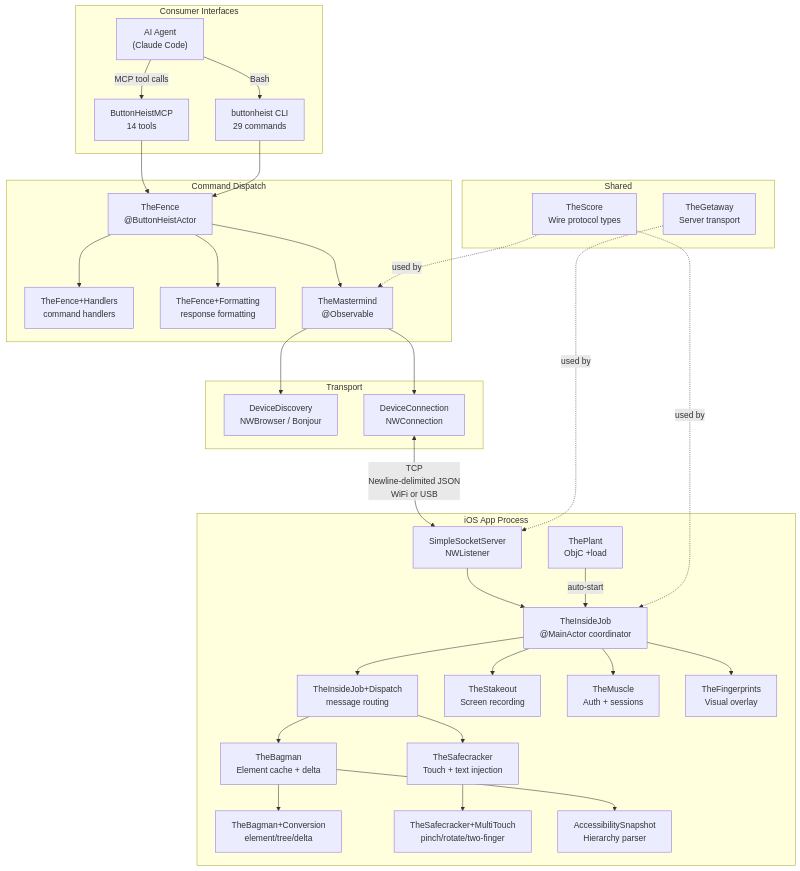
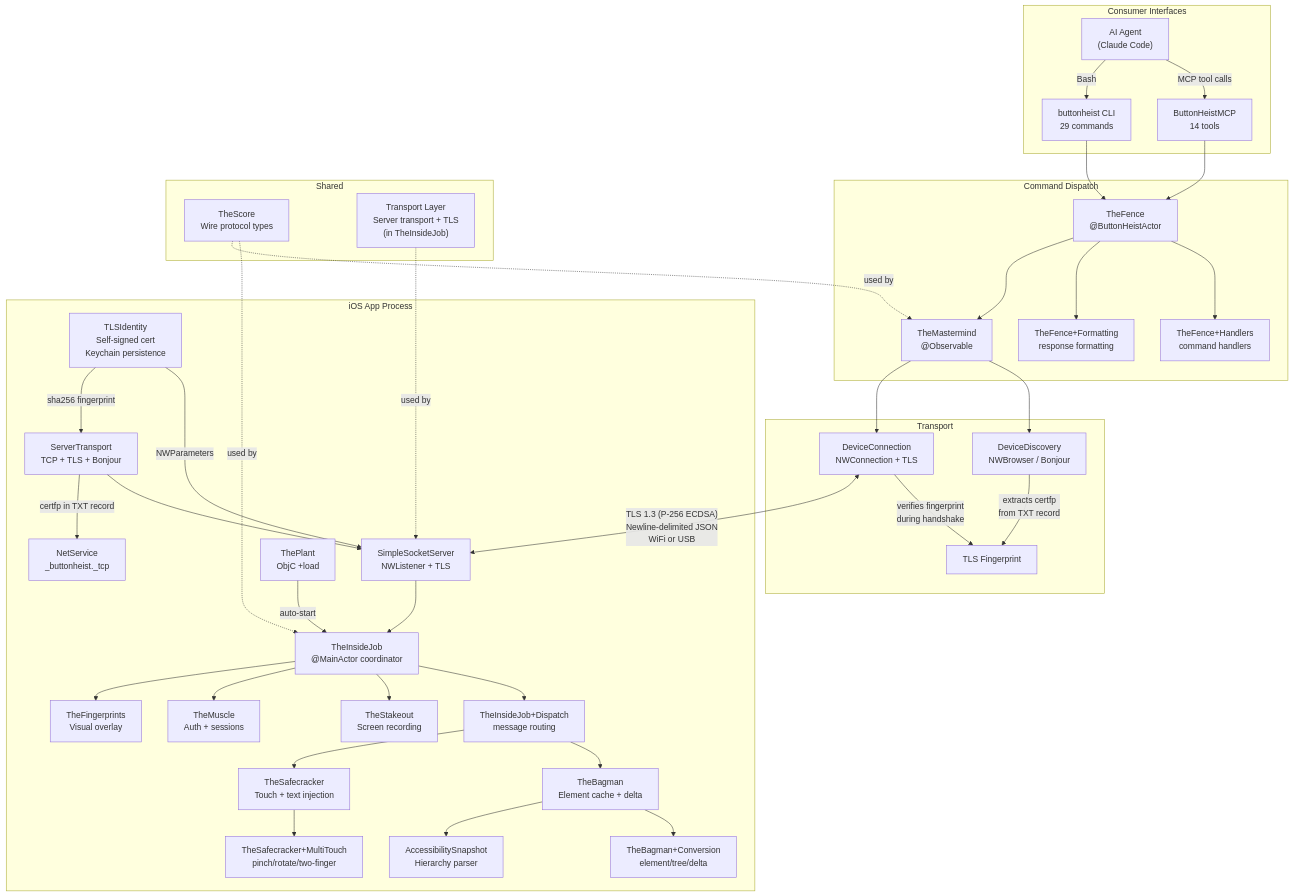
Before and after one commit to RoyalPineapple/TheButtonHeist: the diagram in .rp1/context/architecture.md, drawn with Mermaid. The commit also changed other lines of this file and 24 other files, not shown here.

````diff
--- a/.rp1/context/architecture.md
+++ b/.rp1/context/architecture.md
@@ -7,45 +7,51 @@
 ```mermaid
 graph TB
     subgraph consumers["Consumer Interfaces"]
         Agent["AI Agent<br/>(Claude Code)"] -->|MCP tool calls| MCP["ButtonHeistMCP<br/>14 tools"]
         Agent -->|Bash| CLI["buttonheist CLI<br/>29 commands"]
     end
 
     subgraph dispatch["Command Dispatch"]
         MCP --> TF["TheFence<br/>@ButtonHeistActor"]
         CLI --> TF
         TF --> TFH["TheFence+Handlers<br/>command handlers"]
         TF --> TFF["TheFence+Formatting<br/>response formatting"]
         TF --> TM["TheMastermind<br/>@Observable"]
     end
 
     subgraph transport["Transport"]
         TM --> DD["DeviceDiscovery<br/>NWBrowser / Bonjour"]
-        TM --> DC["DeviceConnection<br/>NWConnection"]
+        DD -->|extracts certfp<br/>from TXT record| FP["TLS Fingerprint"]
+        TM --> DC["DeviceConnection<br/>NWConnection + TLS"]
+        DC -->|verifies fingerprint<br/>during handshake| FP
     end
 
-    DC <-->|"TCP<br/>Newline-delimited JSON<br/>WiFi or USB"| SS
+    DC <-->|"TLS 1.3 (P-256 ECDSA)<br/>Newline-delimited JSON<br/>WiFi or USB"| SS
 
     subgraph ios["iOS App Process"]
-        SS["SimpleSocketServer<br/>NWListener"] --> IJ["TheInsideJob<br/>@MainActor coordinator"]
+        TLSI["TLSIdentity<br/>Self-signed cert<br/>Keychain persistence"] -->|NWParameters| SS
+        TLSI -->|sha256 fingerprint| ST
+        SS["SimpleSocketServer<br/>NWListener + TLS"] --> IJ["TheInsideJob<br/>@MainActor coordinator"]
+        ST["ServerTransport<br/>TCP + TLS + Bonjour"] --> SS
+        ST -->|certfp in TXT record| Bonjour["NetService<br/>_buttonheist._tcp"]
         IJ --> IJD["TheInsideJob+Dispatch<br/>message routing"]
         IJD --> TBag["TheBagman<br/>Element cache + delta"]
         IJD --> TSC["TheSafecracker<br/>Touch + text injection"]
         TBag --> TBC["TheBagman+Conversion<br/>element/tree/delta"]
         TSC --> TSCM["TheSafecracker+MultiTouch<br/>pinch/rotate/two-finger"]
         IJ --> TSt["TheStakeout<br/>Screen recording"]
         IJ --> TMu["TheMuscle<br/>Auth + sessions"]
         IJ --> TFP["TheFingerprints<br/>Visual overlay"]
         TP["ThePlant<br/>ObjC +load"] -->|auto-start| IJ
         TBag --> ASP["AccessibilitySnapshot<br/>Hierarchy parser"]
     end
 
     subgraph shared["Shared"]
         TS["TheScore<br/>Wire protocol types"]
-        TG["TheGetaway<br/>Server transport"]
+        TG["Transport Layer<br/>Server transport + TLS<br/>(in TheInsideJob)"]
     end
 
     TS -.->|used by| IJ
     TS -.->|used by| TM
     TG -.->|used by| SS
 ```
````
